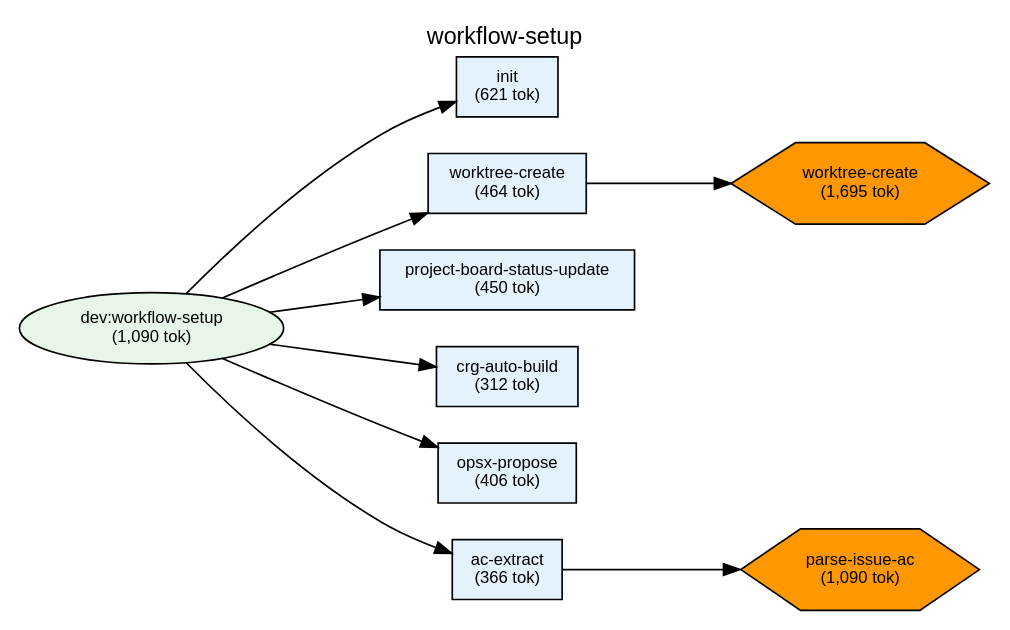
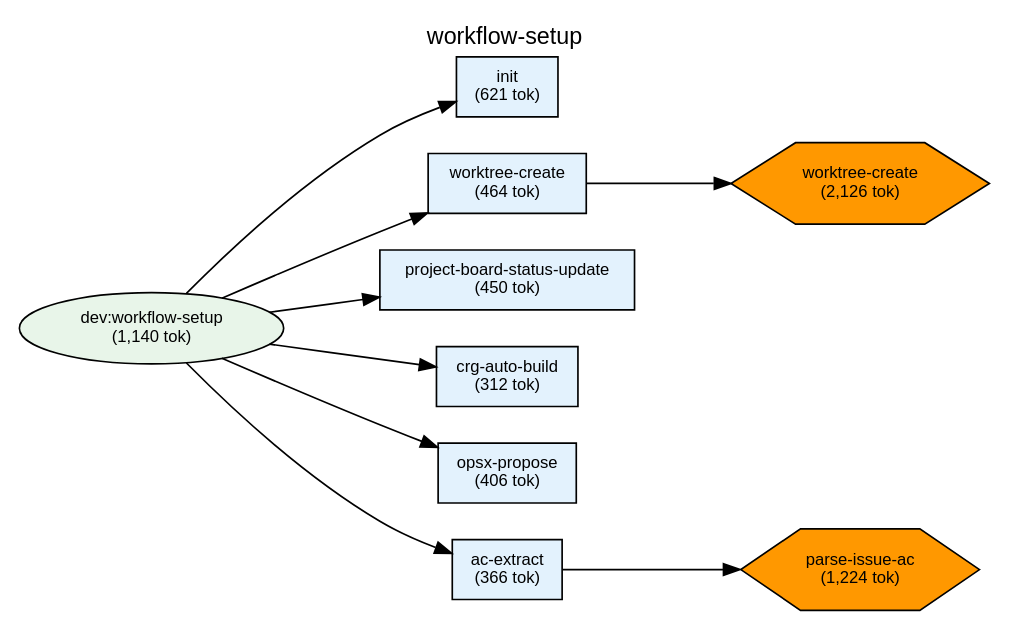
One commit to shuu5/twill changed the diagram in plugins/dev/docs/deps-workflow-setup.dot. Above: the diagram before and after it, drawn with Graphviz. The commit also changed 22 other files, not shown here.

```diff
--- a/plugins/dev/docs/deps-workflow-setup.dot
+++ b/plugins/dev/docs/deps-workflow-setup.dot
@@ -1,62 +1,62 @@
 digraph Dependencies {
     // Graph settings
     rankdir=LR;
     ranksep=0.8;
     nodesep=0.3;
     fontname="Helvetica";
     node [fontname="Helvetica", fontsize=10];
     edge [fontname="Helvetica", fontsize=9];
     label="workflow-setup";
     labelloc=t;
     fontsize=14;
 
     // L0: Controller Skills
 
     // L0: Launchers
 
     // L0.5: Workflow Skills
-    skill_workflow_setup [label="dev:workflow-setup\n(1,090 tok)", shape=ellipse, style=filled, fillcolor="#e8f5e9"];
+    skill_workflow_setup [label="dev:workflow-setup\n(1,140 tok)", shape=ellipse, style=filled, fillcolor="#e8f5e9"];
 
     // Reference Skills
 
     // L1: Direct Commands
     cmd_init [label="init\n(621 tok)", shape=box, style=filled, fillcolor="#e3f2fd"];
     cmd_worktree_create [label="worktree-create\n(464 tok)", shape=box, style=filled, fillcolor="#e3f2fd"];
     cmd_project_board_status_update [label="project-board-status-update\n(450 tok)", shape=box, style=filled, fillcolor="#e3f2fd"];
     cmd_crg_auto_build [label="crg-auto-build\n(312 tok)", shape=box, style=filled, fillcolor="#e3f2fd"];
     cmd_opsx_propose [label="opsx-propose\n(406 tok)", shape=box, style=filled, fillcolor="#e3f2fd"];
     cmd_ac_extract [label="ac-extract\n(366 tok)", shape=box, style=filled, fillcolor="#e3f2fd"];
 
     // L2: Sub Commands
 
     // L3: Agents
 
     // L3.5: Scripts
-    script_worktree_create [label="worktree-create\n(1,695 tok)", shape=hexagon, style=filled, fillcolor="#FF9800"];
-    script_parse_issue_ac [label="parse-issue-ac\n(1,090 tok)", shape=hexagon, style=filled, fillcolor="#FF9800"];
+    script_worktree_create [label="worktree-create\n(2,126 tok)", shape=hexagon, style=filled, fillcolor="#FF9800"];
+    script_parse_issue_ac [label="parse-issue-ac\n(1,224 tok)", shape=hexagon, style=filled, fillcolor="#FF9800"];
 
     // L4: External
 
     // Layer constraints
     { rank=same; skill_workflow_setup; }
     { rank=same; cmd_init; cmd_worktree_create; cmd_project_board_status_update; cmd_crg_auto_build; cmd_opsx_propose; cmd_ac_extract; }
     { rank=same; script_worktree_create; script_parse_issue_ac; }
 
     // Edges
     skill_workflow_setup -> cmd_init;
     skill_workflow_setup -> cmd_worktree_create;
     skill_workflow_setup -> cmd_project_board_status_update;
     skill_workflow_setup -> cmd_crg_auto_build;
     skill_workflow_setup -> cmd_opsx_propose;
     skill_workflow_setup -> cmd_ac_extract;
     cmd_worktree_create -> script_worktree_create;
     cmd_ac_extract -> script_parse_issue_ac;
 
     // Ordering constraints (invisible edges)
     cmd_init -> cmd_worktree_create [style=invis, weight=10];
     cmd_worktree_create -> cmd_project_board_status_update [style=invis, weight=10];
     cmd_project_board_status_update -> cmd_crg_auto_build [style=invis, weight=10];
     cmd_crg_auto_build -> cmd_opsx_propose [style=invis, weight=10];
     cmd_opsx_propose -> cmd_ac_extract [style=invis, weight=10];
 
 }
```
